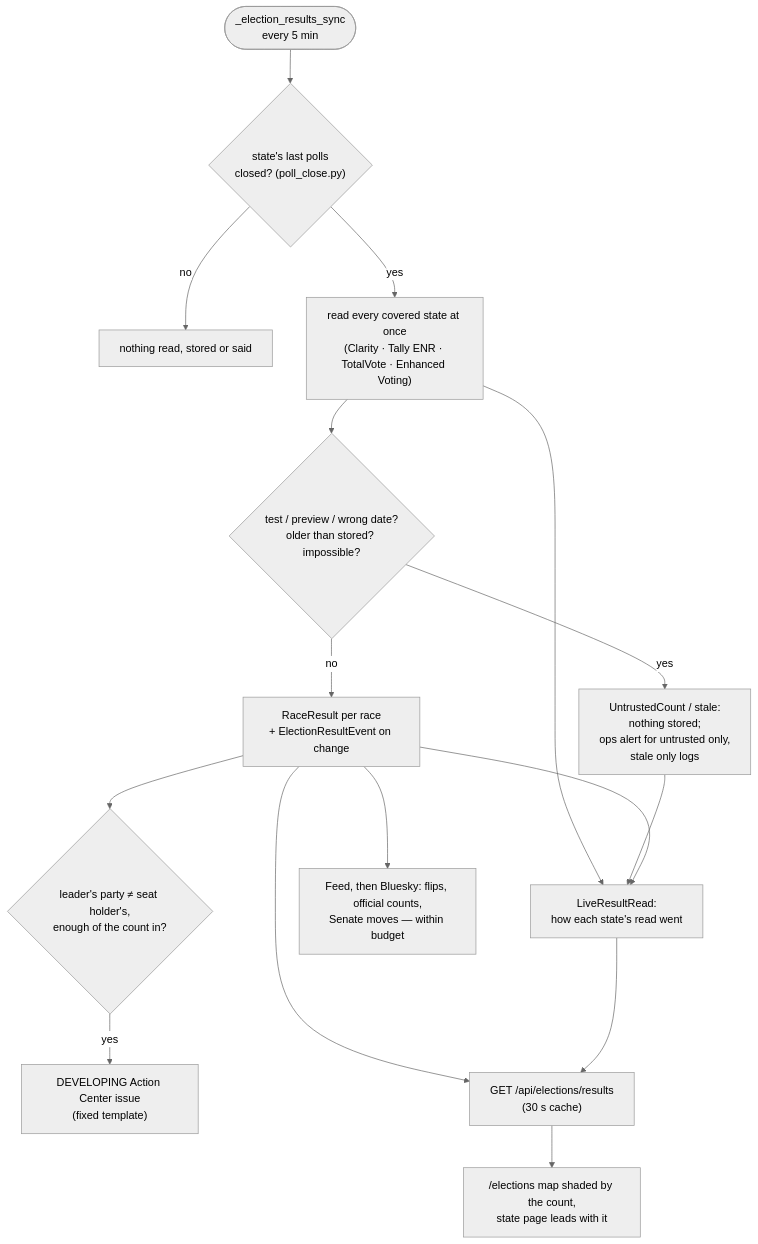
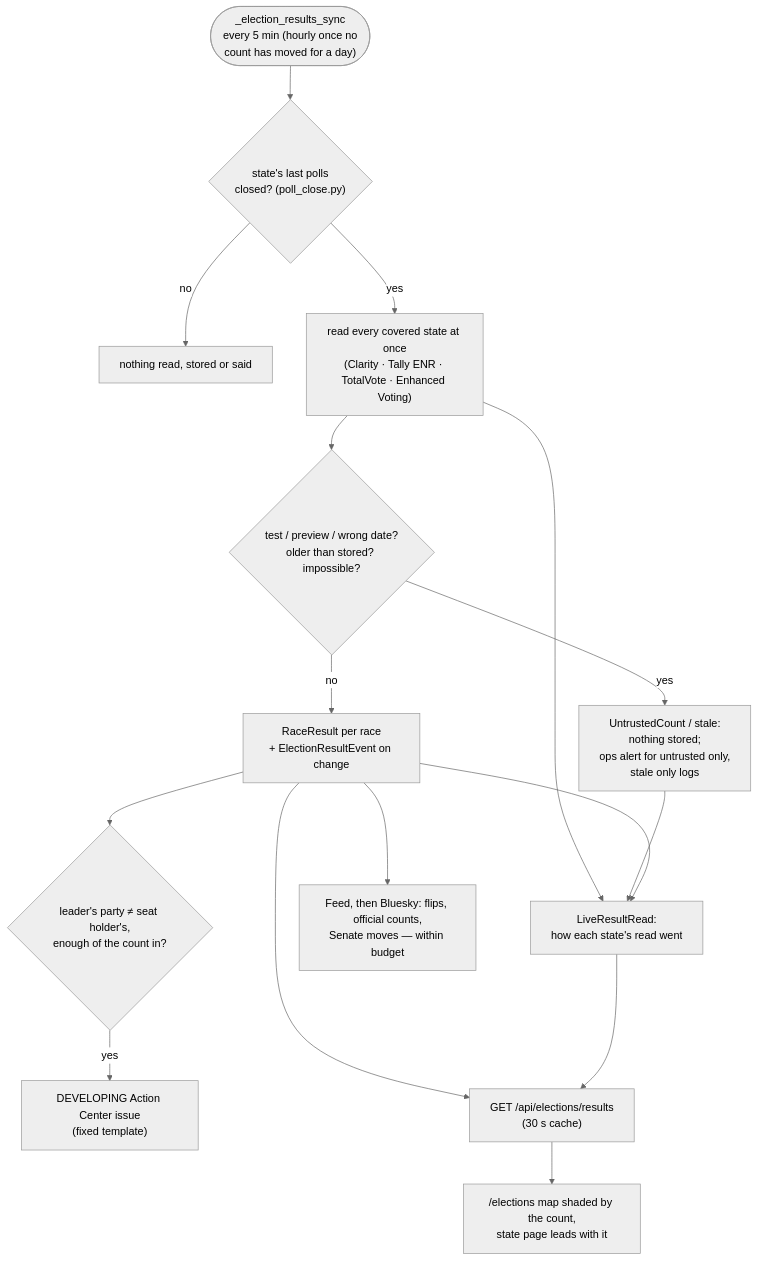
Before and after one commit to kamoras/civitas: the fourth of 4 diagrams in docs/diagrams/10-elections.md, drawn with Mermaid (neutral theme). The commit also changed other lines of this file and 17 other files, not shown here.

````diff
--- a/docs/diagrams/10-elections.md
+++ b/docs/diagrams/10-elections.md
@@ -311,14 +315,14 @@
 ```mermaid
 flowchart TD
-    TICK(["_election_results_sync<br/>every 5 min"]) --> GATE{"state's last polls<br/>closed? (poll_close.py)"}
+    TICK(["_election_results_sync<br/>every 5 min (hourly once no<br/>count has moved for a day)"]) --> GATE{"state's last polls<br/>closed? (poll_close.py)"}
     GATE -- no --> NONE["nothing read, stored or said"]
     GATE -- yes --> READ["read every covered state at once<br/>(Clarity · Tally ENR · TotalVote · Enhanced Voting)"]
     READ --> TRUST{"test / preview / wrong date?<br/>older than stored? impossible?"}
     TRUST -- yes --> REFUSE["UntrustedCount / stale:<br/>nothing stored;<br/>ops alert for untrusted only,<br/>stale only logs"]
     TRUST -- no --> STORE["RaceResult per race<br/>+ ElectionResultEvent on change"]
     READ & REFUSE & STORE --> FEED["LiveResultRead:<br/>how each state's read went"]
     STORE --> FLIP{"leader's party ≠ seat holder's,<br/>enough of the count in?"}
     FLIP -- yes --> ISSUE["DEVELOPING Action Center issue<br/>(fixed template)"]
     STORE --> POST["Feed, then Bluesky: flips, official counts,<br/>Senate moves — within budget"]
     STORE & FEED --> API["GET /api/elections/results<br/>(30 s cache)"] --> PAGE["/elections map shaded by the count,<br/>state page leads with it"]
 ```
````
